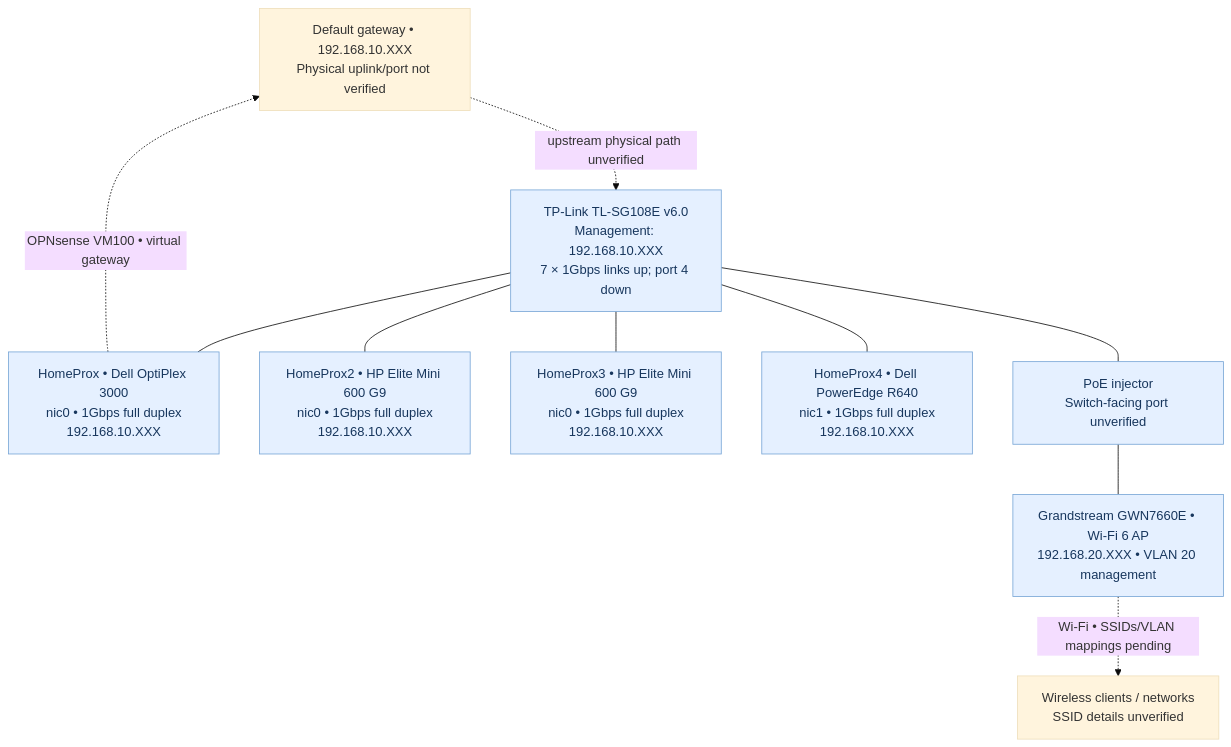
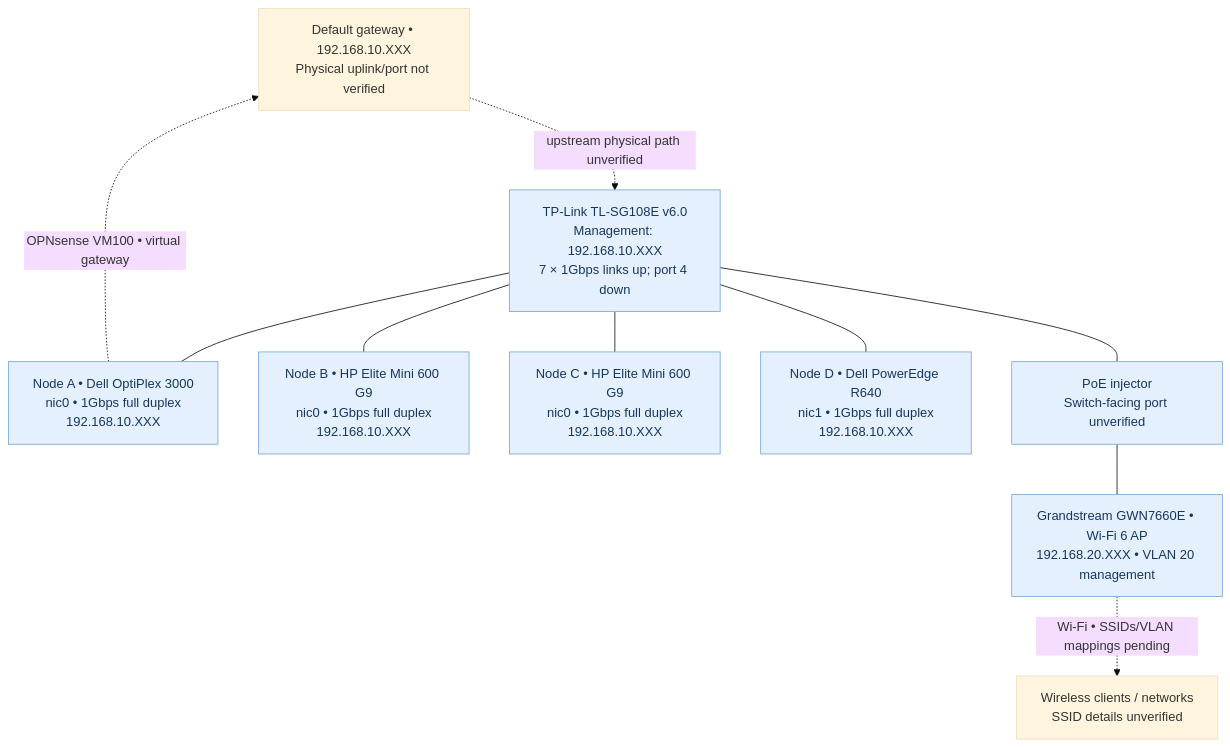
The second of 3 diagrams in network/diagrams/README.md (samuelkemp1619/HOMELAB-PORTFOLIO), drawn with Mermaid (base theme) before and after one commit. The commit also changed other lines of this file, not shown here.

````diff
--- a/network/diagrams/README.md
+++ b/network/diagrams/README.md
@@ -56,16 +56,16 @@
 ```mermaid
 flowchart TB
     GW["Default gateway • 192.168.10.XXX<br/>Physical uplink/port not verified"]
     SW["TP-Link TL-SG108E v6.0<br/>Management: 192.168.10.XXX<br/>7 × 1Gbps links up; port 4 down"]
     GW -. "upstream physical path unverified" .-> SW
-    SW --- H1["HomeProx • Dell OptiPlex 3000<br/>nic0 • 1Gbps full duplex<br/>192.168.10.XXX"]
-    SW --- H2["HomeProx2 • HP Elite Mini 600 G9<br/>nic0 • 1Gbps full duplex<br/>192.168.10.XXX"]
-    SW --- H3["HomeProx3 • HP Elite Mini 600 G9<br/>nic0 • 1Gbps full duplex<br/>192.168.10.XXX"]
-    SW --- H4["HomeProx4 • Dell PowerEdge R640<br/>nic1 • 1Gbps full duplex<br/>192.168.10.XXX"]
+    SW --- H1["Node A • Dell OptiPlex 3000<br/>nic0 • 1Gbps full duplex<br/>192.168.10.XXX"]
+    SW --- H2["Node B • HP Elite Mini 600 G9<br/>nic0 • 1Gbps full duplex<br/>192.168.10.XXX"]
+    SW --- H3["Node C • HP Elite Mini 600 G9<br/>nic0 • 1Gbps full duplex<br/>192.168.10.XXX"]
+    SW --- H4["Node D • Dell PowerEdge R640<br/>nic1 • 1Gbps full duplex<br/>192.168.10.XXX"]
     SW --- POE["PoE injector<br/>Switch-facing port unverified"]
     POE --- AP["Grandstream GWN7660E • Wi-Fi 6 AP<br/>192.168.20.XXX • VLAN 20 management"]
     AP -. "Wi-Fi • SSIDs/VLAN mappings pending" .-> WIFI["Wireless clients / networks<br/>SSID details unverified"]
     H1 -. "OPNsense VM100 • virtual gateway" .-> GW
     classDef device fill:#e5f0ff,color:#17365d,stroke:#77a5d6
     class SW,H1,H2,H3,H4,POE,AP device
 ```
````
